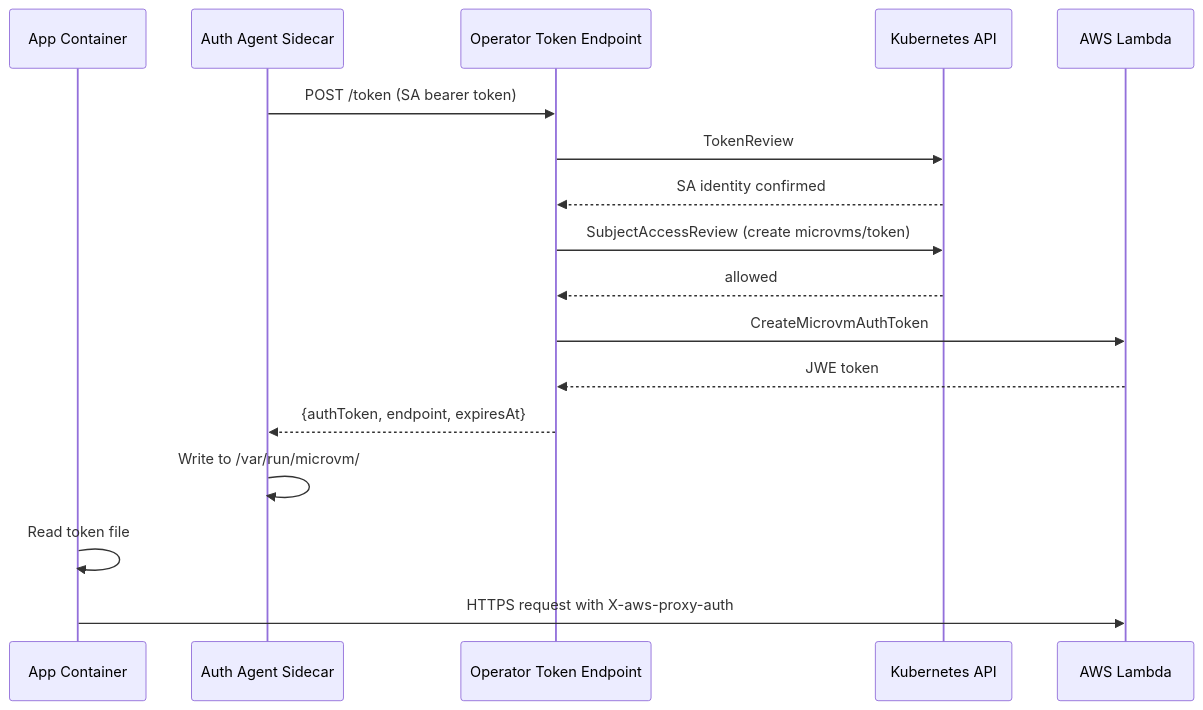
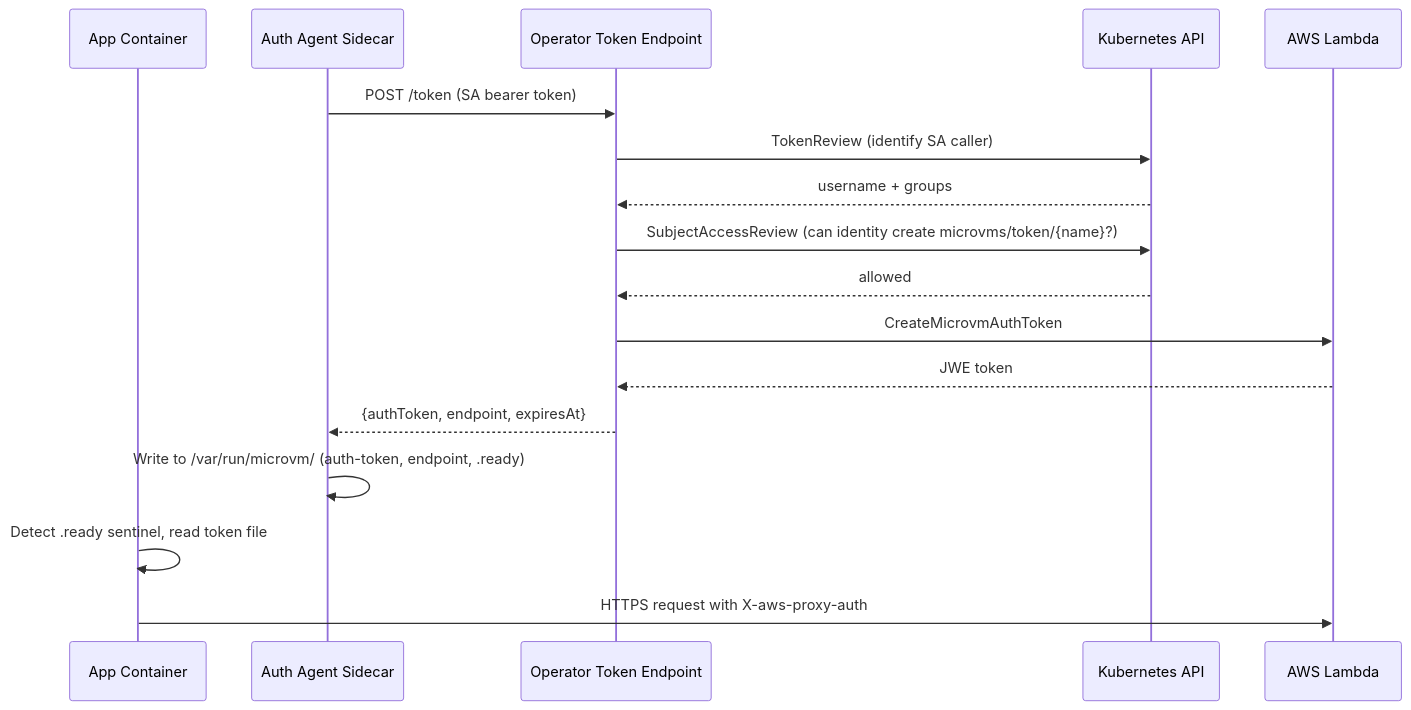
The fourth of 7 diagrams in .agents/summary/workflows.md (codriverlabs/KubeMicroVM), drawn with Mermaid before and after one commit. The commit also changed other lines of this file and 9 other files, not shown here.

````diff
--- a/.agents/summary/workflows.md
+++ b/.agents/summary/workflows.md
@@ -68,20 +68,20 @@
 ```mermaid
 sequenceDiagram
     participant App as App Container
     participant Agent as Auth Agent Sidecar
     participant Op as Operator Token Endpoint
     participant K8s as Kubernetes API
     participant AWS as AWS Lambda
 
     Agent->>Op: POST /token (SA bearer token)
-    Op->>K8s: TokenReview
-    K8s-->>Op: SA identity confirmed
-    Op->>K8s: SubjectAccessReview (create microvms/token)
+    Op->>K8s: TokenReview (identify SA caller)
+    K8s-->>Op: username + groups
+    Op->>K8s: SubjectAccessReview (can identity create microvms/token/{name}?)
     K8s-->>Op: allowed
     Op->>AWS: CreateMicrovmAuthToken
     AWS-->>Op: JWE token
     Op-->>Agent: {authToken, endpoint, expiresAt}
-    Agent->>Agent: Write to /var/run/microvm/
-    App->>App: Read token file
+    Agent->>Agent: Write to /var/run/microvm/ (auth-token, endpoint, .ready)
+    App->>App: Detect .ready sentinel, read token file
     App->>AWS: HTTPS request with X-aws-proxy-auth
 ```
````
